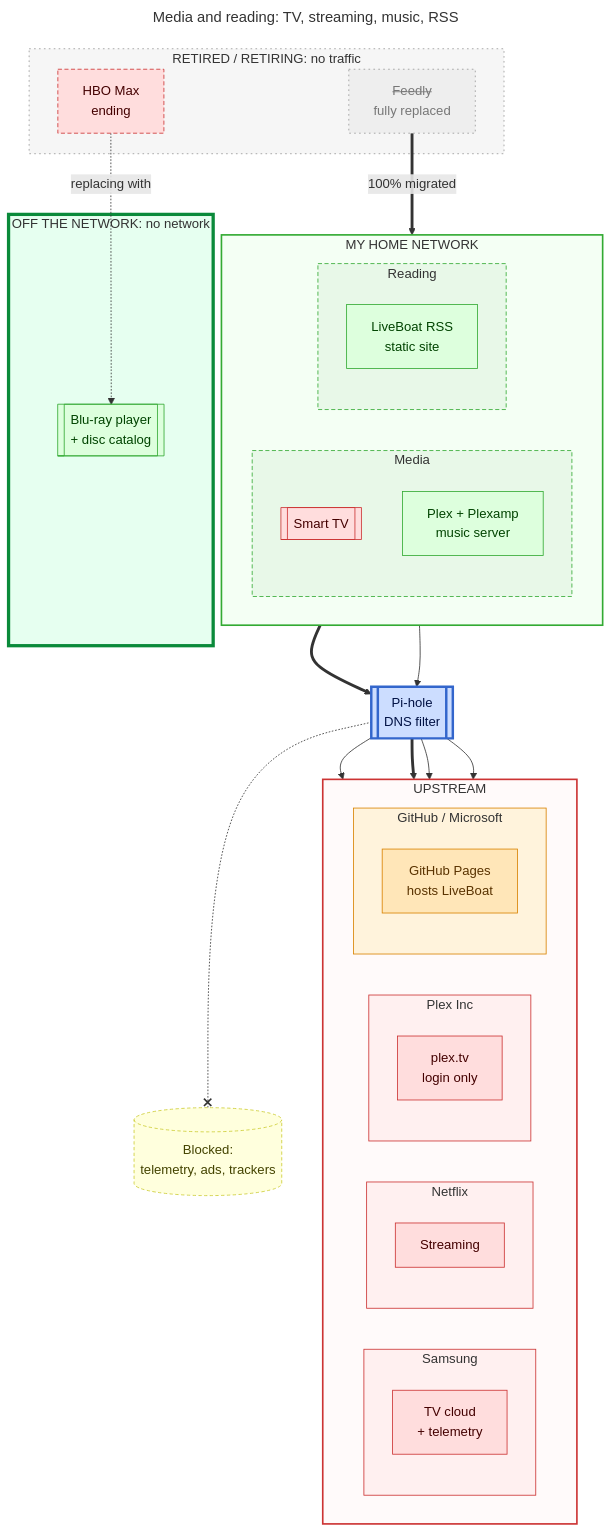
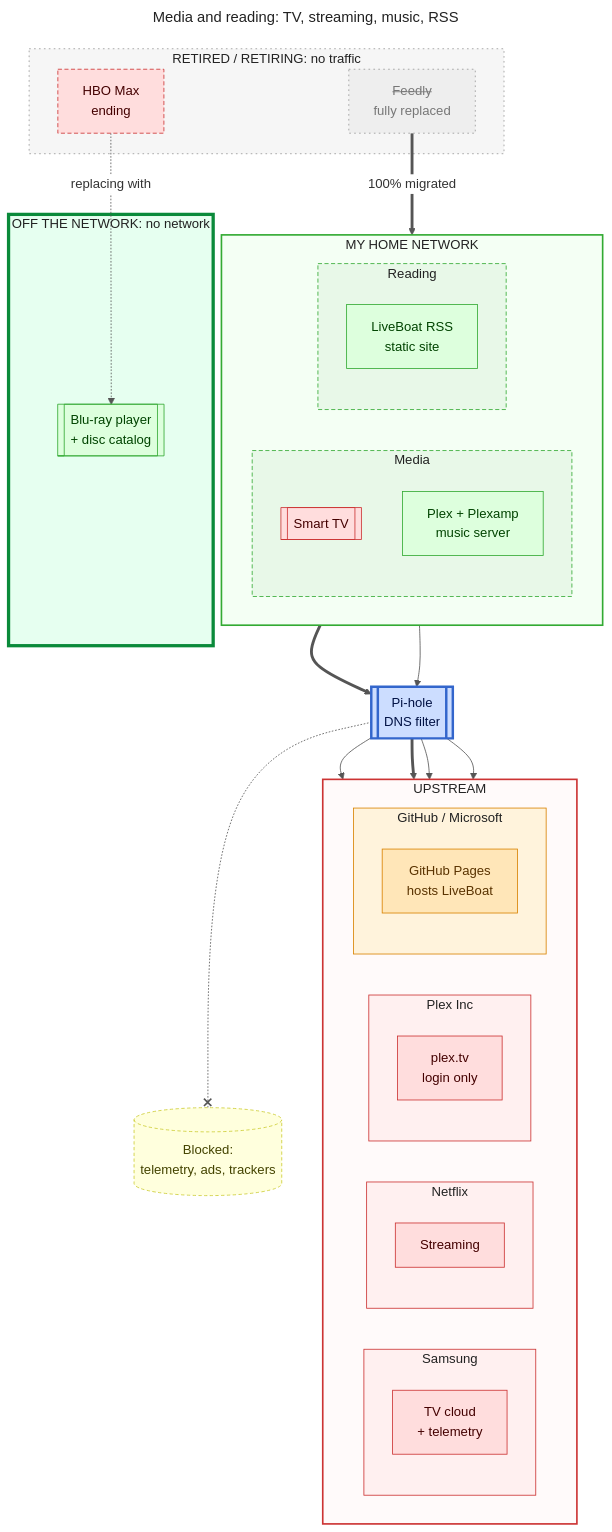
The first of 3 diagrams in README.md (lowlydba/torch-the-tech), drawn with Mermaid before and after one commit. The commit also changed other lines of this file, not shown here.

Commit message:
Use dark text on pastel backgrounds

````diff
--- a/README.md
+++ b/README.md
@@ -15,6 +15,13 @@
 ```mermaid
 ---
 title: "Media and reading: TV, streaming, music, RSS"
+config:
+  theme: base
+  themeVariables:
+    textColor: '#222222'
+    titleColor: '#222222'
+    edgeLabelBackground: '#ffffff'
+    lineColor: '#555555'
 ---
 flowchart TB
     subgraph home["MY HOME NETWORK"]
@@ -88,15 +95,15 @@
     class pihole gate
     class feedly gone
     class blocked note
-    style home fill:#f4fff4,stroke:#3a3,stroke-width:2px
-    style out fill:#fffafa,stroke:#c33,stroke-width:2px
-    style h_media fill:#e8f8e8,stroke:#3a3,stroke-dasharray: 5 3
-    style h_reading fill:#e8f8e8,stroke:#3a3,stroke-dasharray: 5 3
-    style retired fill:#f6f6f6,stroke:#999,stroke-dasharray: 2 4
-    style offline fill:#e6fff0,stroke:#0a8a3a,stroke-width:4px
-    style samsung fill:#fff0f0,stroke:#c33
-    style netflix fill:#fff0f0,stroke:#c33
+    style home fill:#f4fff4,stroke:#3a3,stroke-width:2px,color:#222
+    style out fill:#fffafa,stroke:#c33,stroke-width:2px,color:#222
+    style h_media fill:#e8f8e8,stroke:#3a3,stroke-dasharray: 5 3,color:#222
+    style h_reading fill:#e8f8e8,stroke:#3a3,stroke-dasharray: 5 3,color:#222
+    style retired fill:#f6f6f6,stroke:#999,stroke-dasharray: 2 4,color:#222
+    style offline fill:#e6fff0,stroke:#0a8a3a,stroke-width:4px,color:#222
+    style samsung fill:#fff0f0,stroke:#c33,color:#222
+    style netflix fill:#fff0f0,stroke:#c33,color:#222
     style hbo stroke-dasharray: 5 3
-    style plexinc fill:#fff0f0,stroke:#c33
-    style github fill:#fff3dc,stroke:#d98200
+    style plexinc fill:#fff0f0,stroke:#c33,color:#222
+    style github fill:#fff3dc,stroke:#d98200,color:#222
 ```
````
